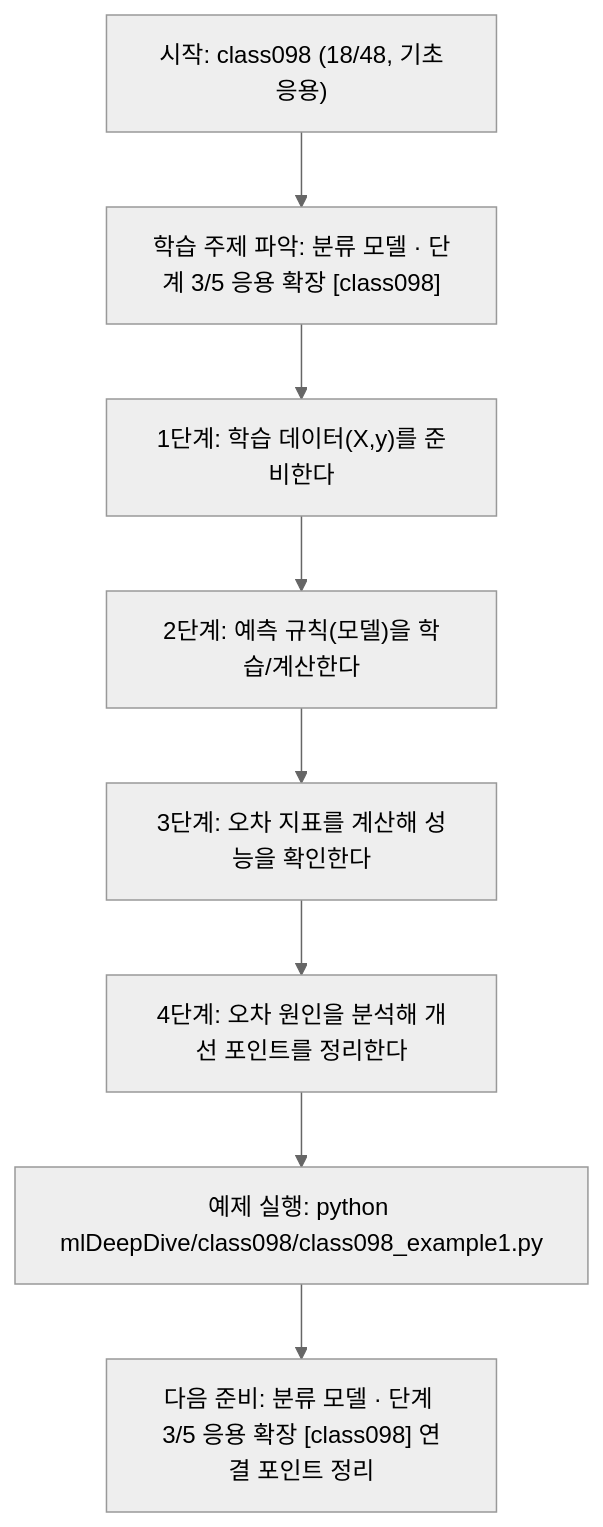
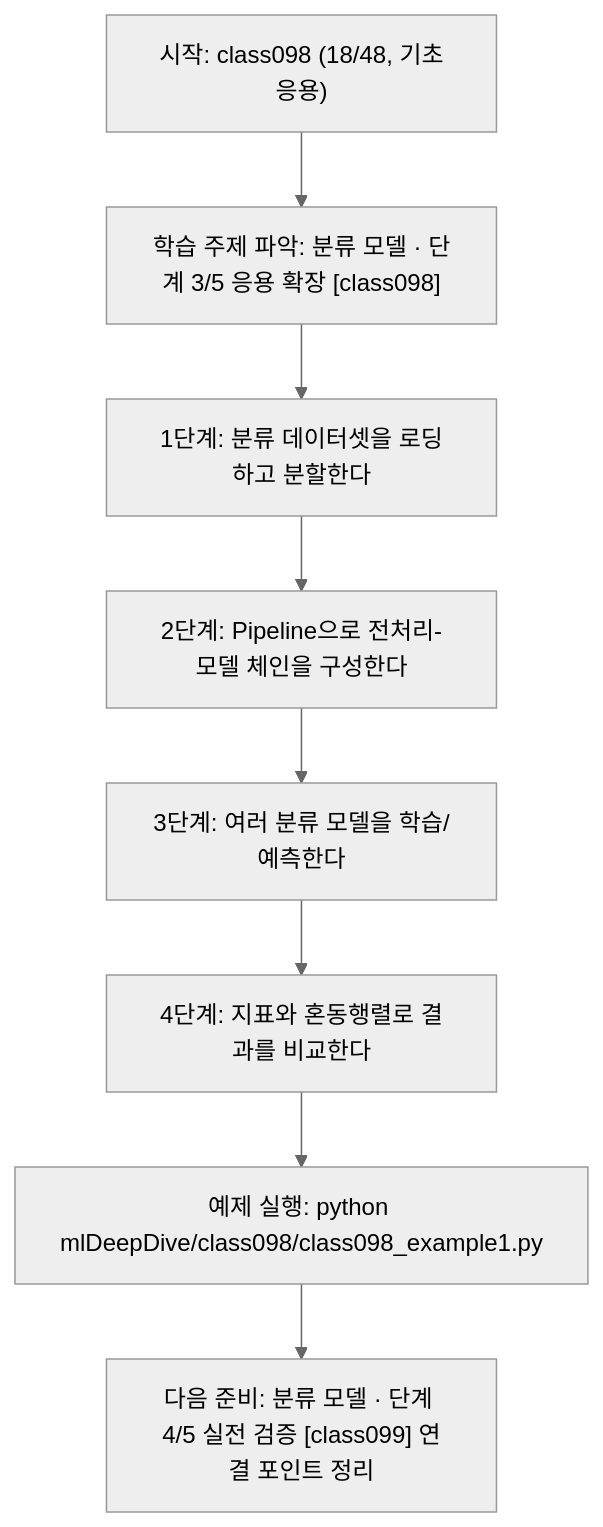
One commit to edumgt/Python-AI_Agent-Class changed the diagram in mlDeepDive/class098/class098.md. Above: the diagram before and after it, drawn with Mermaid (neutral theme). The commit also changed other lines of this file and 338 other files, not shown here.

````diff
--- a/mlDeepDive/class098/class098.md
+++ b/mlDeepDive/class098/class098.md
@@ -109,18 +91,18 @@
 ```mermaid
 flowchart TD
 N1["시작: class098 (18/48, 기초응용)"]
 N2["학습 주제 파악: 분류 모델 · 단계 3/5 응용 확장 [class098]"]
-N3["1단계: 학습 데이터(X,y)를 준비한다"]
-N4["2단계: 예측 규칙(모델)을 학습/계산한다"]
-N5["3단계: 오차 지표를 계산해 성능을 확인한다"]
-N6["4단계: 오차 원인을 분석해 개선 포인트를 정리한다"]
+N3["1단계: 분류 데이터셋을 로딩하고 분할한다"]
+N4["2단계: Pipeline으로 전처리-모델 체인을 구성한다"]
+N5["3단계: 여러 분류 모델을 학습/예측한다"]
+N6["4단계: 지표와 혼동행렬로 결과를 비교한다"]
 N7["예제 실행: python mlDeepDive/class098/class098_example1.py"]
-N8["다음 준비: 분류 모델 · 단계 3/5 응용 확장 [class098] 연결 포인트 정리"]
+N8["다음 준비: 분류 모델 · 단계 4/5 실전 검증 [class099] 연결 포인트 정리"]
 N1 --> N2
 N2 --> N3
 N3 --> N4
 N4 --> N5
 N5 --> N6
 N6 --> N7
 N7 --> N8
 ```
````
